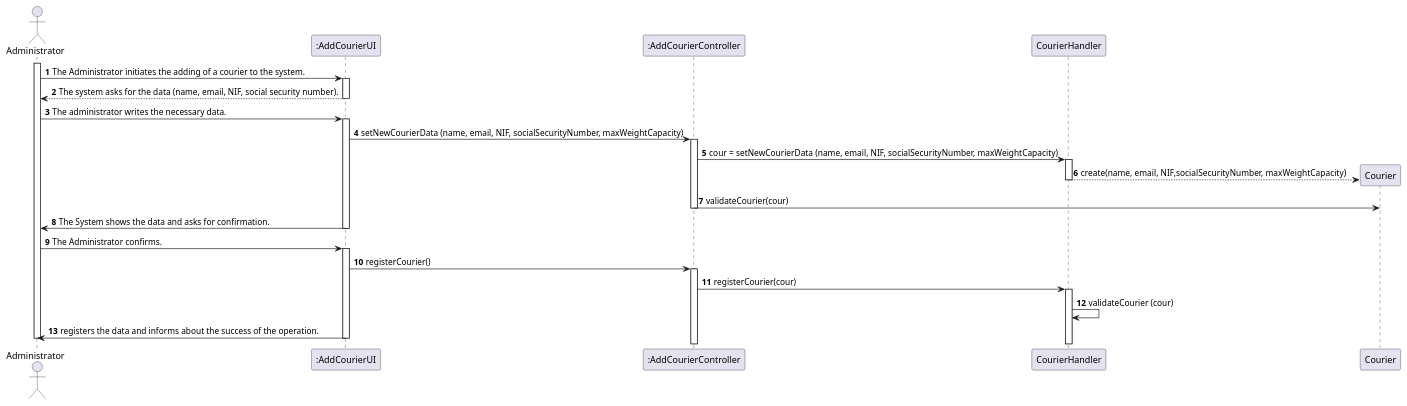
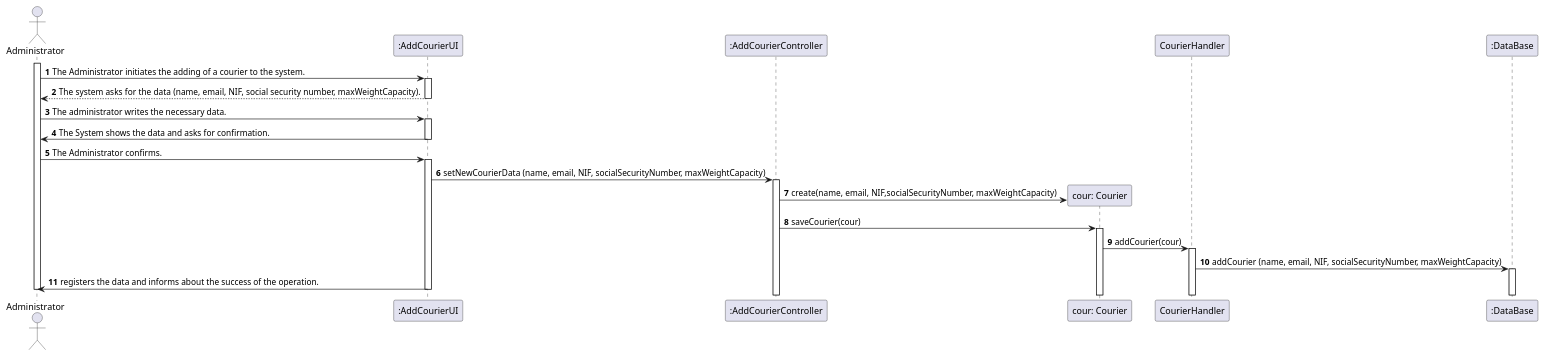
The diagram in Documents/UC4/UC4_SD.puml (1190452/LAPR3), drawn with PlantUML before and after one commit. The commit also changed 1 other file, not shown here.

Commit message:
AUCMN1-93 #start-progress Add courier [Design]

```diff
--- a/Documents/UC4/UC4_SD.puml
+++ b/Documents/UC4/UC4_SD.puml
@@ -1,58 +1,53 @@
 @startuml
 autonumber
 'hide footbox
 actor "Administrator" as ADM
 
 participant ":AddCourierUI" as UI
 participant ":AddCourierController" as CTRL
-participant "CourierHandler" as PHARM
-participant "Courier" as COUR
+participant "cour: Courier" as COUCOU
+participant "CourierHandler" as HANDLER
+participant ":DataBase" as DB
 
 
 activate ADM
 ADM -> UI : The Administrator initiates the adding of a courier to the system.
 activate UI
 
-UI --> ADM : The system asks for the data (name, email, NIF, social security number).
+UI --> ADM : The system asks for the data (name, email, NIF, social security number, maxWeightCapacity).
 
 deactivate UI
 
 ADM -> UI : The administrator writes the necessary data.
 activate UI
 
-UI -> CTRL : setNewCourierData (name, email, NIF, socialSecurityNumber, maxWeightCapacity)
-activate CTRL
-
-CTRL -> PHARM : cour = setNewCourierData (name, email, NIF, socialSecurityNumber, maxWeightCapacity)
-activate PHARM
-
-PHARM --> COUR ** : create(name, email, NIF,socialSecurityNumber, maxWeightCapacity)
-deactivate PHARM
-
-CTRL -> COUR: validateCourier(cour)
-deactivate CTRL
-
 UI -> ADM : The System shows the data and asks for confirmation.
 deactivate UI
-
 
 ADM -> UI : The Administrator confirms.
 activate UI
 
-UI -> CTRL: registerCourier()
+UI -> CTRL : setNewCourierData (name, email, NIF, socialSecurityNumber, maxWeightCapacity)
 activate CTRL
 
-CTRL -> PHARM : registerCourier(cour)
-activate PHARM
+CTRL -> COUCOU ** :  create(name, email, NIF,socialSecurityNumber, maxWeightCapacity)
+CTRL -> COUCOU  : saveCourier(cour)
+activate COUCOU
 
-PHARM -> PHARM : validateCourier (cour)
+COUCOU -> HANDLER : addCourier(cour)
+activate HANDLER
+
+HANDLER -> DB : addCourier (name, email, NIF, socialSecurityNumber, maxWeightCapacity)
+activate DB
+
+
 
 UI -> ADM : registers the data and informs about the success of the operation.
 
 
 deactivate UI
 deactivate ADM
 
 
 
 @enduml
```
